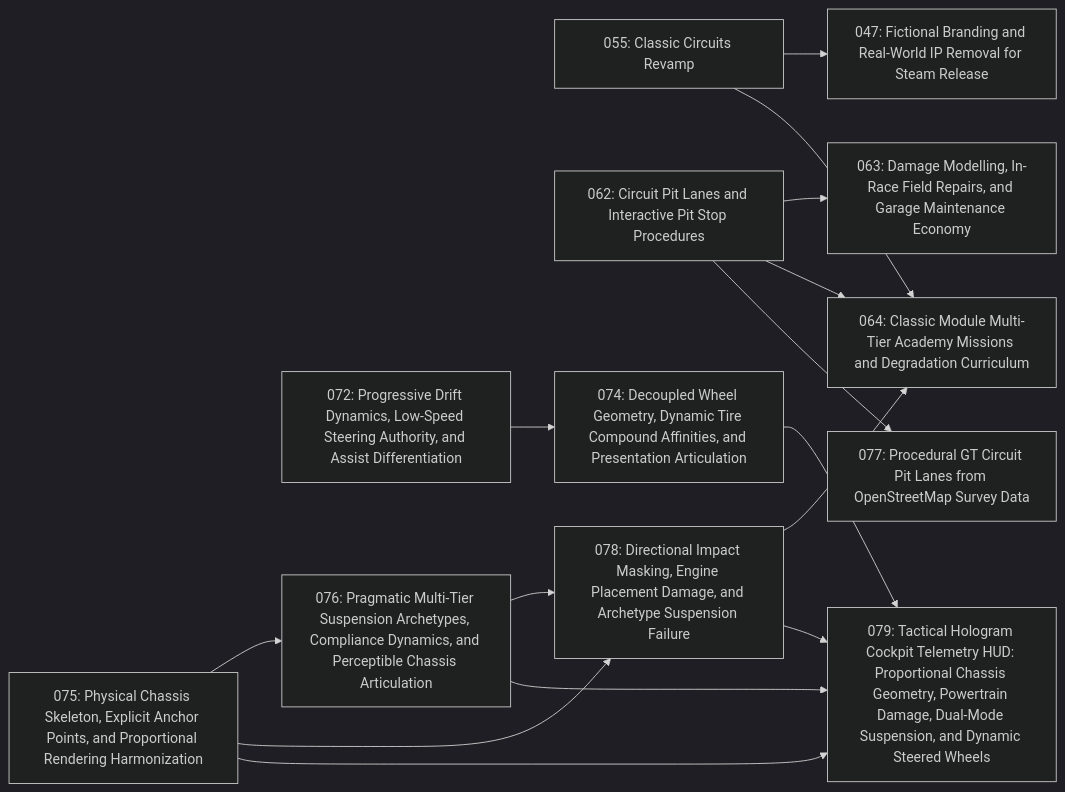
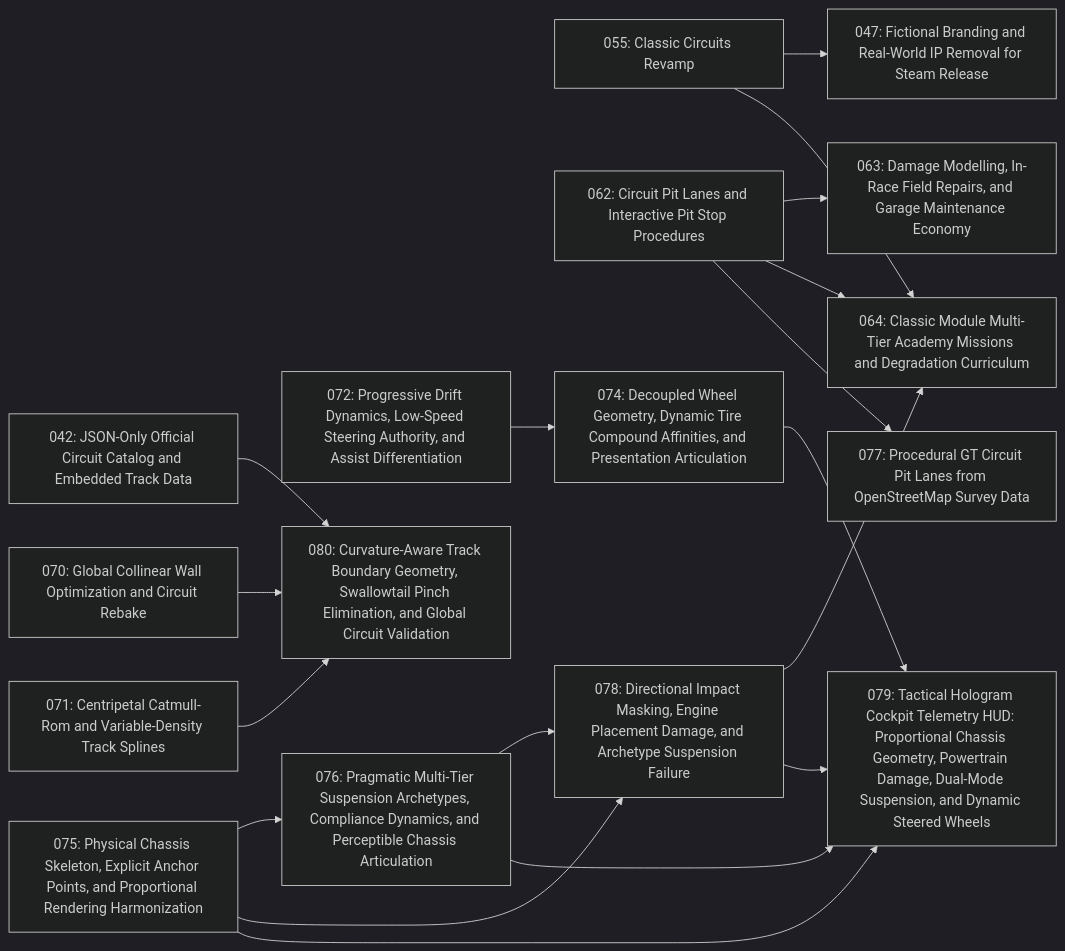
One commit to magomar/tdrace changed the diagram in specs/index.md. Above: the diagram before and after it, drawn with Mermaid (dark theme). The commit also changed other lines of this file and 3 other files, not shown here.

Commit message:
docs(spec-080): create spec and beads epic for boundary swallowtail elimination (tdrace-vi1t)

````diff
--- a/specs/index.md
+++ b/specs/index.md
@@ -106,29 +107,36 @@
 ```mermaid
 flowchart LR
+    042["042: JSON-Only Official Circuit Catalog and Embedded Track Data"]
     047["047: Fictional Branding and Real-World IP Removal for Steam Release"]
     055["055: Classic Circuits Revamp"]
     062["062: Circuit Pit Lanes and Interactive Pit Stop Procedures"]
     063["063: Damage Modelling, In-Race Field Repairs, and Garage Maintenance Economy"]
     064["064: Classic Module Multi-Tier Academy Missions and Degradation Curriculum"]
+    070["070: Global Collinear Wall Optimization and Circuit Rebake"]
+    071["071: Centripetal Catmull-Rom and Variable-Density Track Splines"]
     072["072: Progressive Drift Dynamics, Low-Speed Steering Authority, and Assist Differentiation"]
     074["074: Decoupled Wheel Geometry, Dynamic Tire Compound Affinities, and Presentation Articulation"]
     075["075: Physical Chassis Skeleton, Explicit Anchor Points, and Proportional Rendering Harmonization"]
     076["076: Pragmatic Multi-Tier Suspension Archetypes, Compliance Dynamics, and Perceptible Chassis Articulation"]
     077["077: Procedural GT Circuit Pit Lanes from OpenStreetMap Survey Data"]
     078["078: Directional Impact Masking, Engine Placement Damage, and Archetype Suspension Failure"]
     079["079: Tactical Hologram Cockpit Telemetry HUD: Proportional Chassis Geometry, Powertrain Damage, Dual-Mode Suspension, and Dynamic Steered Wheels"]
+    080["080: Curvature-Aware Track Boundary Geometry, Swallowtail Pinch Elimination, and Global Circuit Validation"]
     055 --> 047
     062 --> 063
     055 --> 064
     062 --> 064
     078 --> 064
     072 --> 074
     075 --> 076
     062 --> 077
     075 --> 078
     076 --> 078
     074 --> 079
     075 --> 079
     076 --> 079
     078 --> 079
+    042 --> 080
+    070 --> 080
+    071 --> 080
 ```
````
